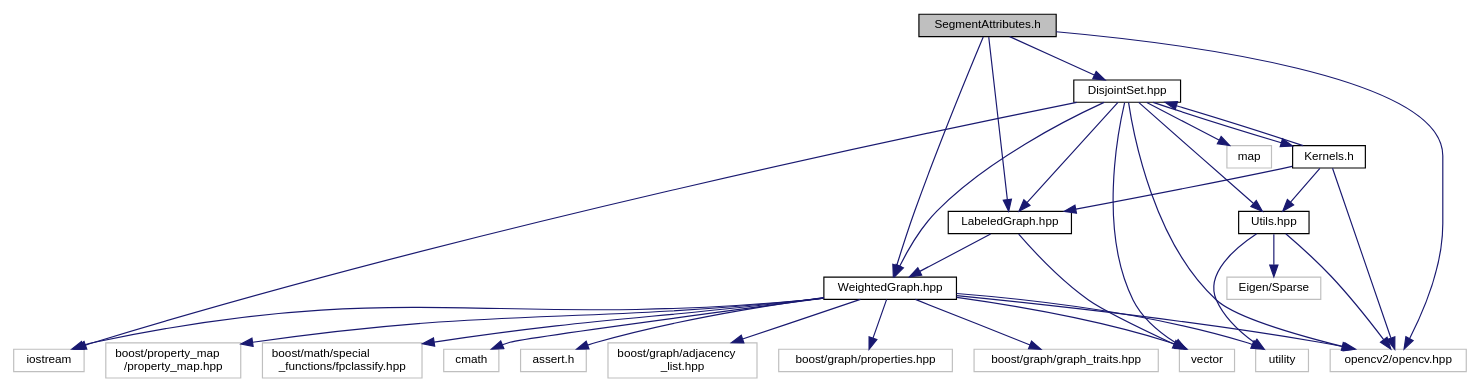
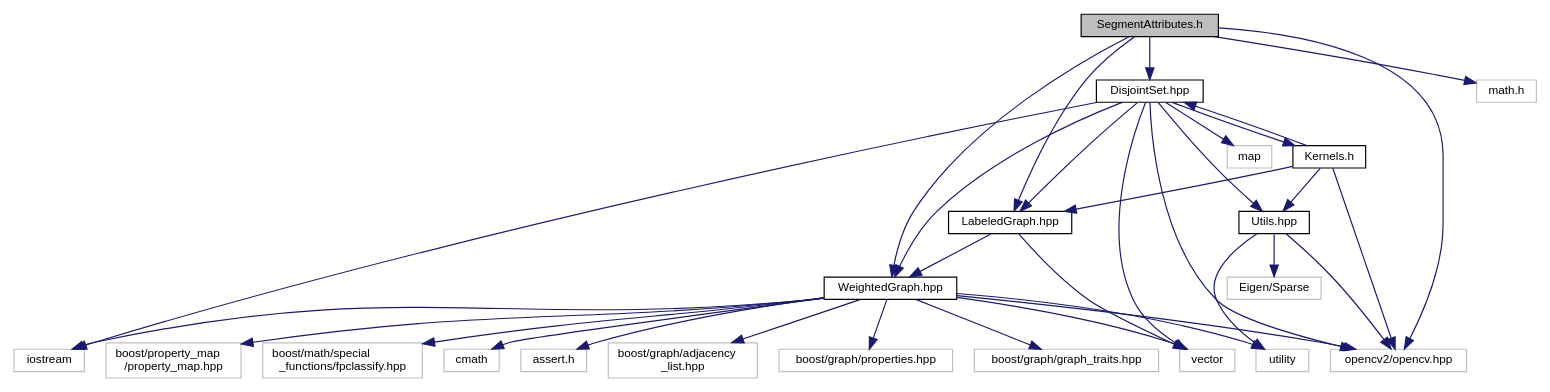
The diagram in _segment_attributes_8h__incl.dot (alexisVallet/animation-character-identification), drawn with Graphviz before and after one commit. The commit also changed 83 other files, not shown here.

```diff
--- a/_segment_attributes_8h__incl.dot
+++ b/_segment_attributes_8h__incl.dot
@@ -1,56 +1,58 @@
 digraph "SegmentAttributes.h"
 {
   edge [fontname="Helvetica",fontsize="10",labelfontname="Helvetica",labelfontsize="10"];
   node [fontname="Helvetica",fontsize="10",shape=record];
   Node1 [label="SegmentAttributes.h",height=0.2,width=0.4,color="black", fillcolor="grey75", style="filled" fontcolor="black"];
   Node1 -> Node2 [color="midnightblue",fontsize="10",style="solid",fontname="Helvetica"];
   Node2 [label="opencv2/opencv.hpp",height=0.2,width=0.4,color="grey75", fillcolor="white", style="filled"];
   Node1 -> Node3 [color="midnightblue",fontsize="10",style="solid",fontname="Helvetica"];
   Node3 [label="WeightedGraph.hpp",height=0.2,width=0.4,color="black", fillcolor="white", style="filled",URL="$_weighted_graph_8hpp.html"];
   Node3 -> Node4 [color="midnightblue",fontsize="10",style="solid",fontname="Helvetica"];
   Node4 [label="cmath",height=0.2,width=0.4,color="grey75", fillcolor="white", style="filled"];
   Node3 -> Node5 [color="midnightblue",fontsize="10",style="solid",fontname="Helvetica"];
   Node5 [label="assert.h",height=0.2,width=0.4,color="grey75", fillcolor="white", style="filled"];
   Node3 -> Node6 [color="midnightblue",fontsize="10",style="solid",fontname="Helvetica"];
   Node6 [label="iostream",height=0.2,width=0.4,color="grey75", fillcolor="white", style="filled"];
   Node3 -> Node7 [color="midnightblue",fontsize="10",style="solid",fontname="Helvetica"];
   Node7 [label="vector",height=0.2,width=0.4,color="grey75", fillcolor="white", style="filled"];
   Node3 -> Node8 [color="midnightblue",fontsize="10",style="solid",fontname="Helvetica"];
   Node8 [label="utility",height=0.2,width=0.4,color="grey75", fillcolor="white", style="filled"];
   Node3 -> Node2 [color="midnightblue",fontsize="10",style="solid",fontname="Helvetica"];
   Node3 -> Node9 [color="midnightblue",fontsize="10",style="solid",fontname="Helvetica"];
   Node9 [label="boost/graph/adjacency\l_list.hpp",height=0.2,width=0.4,color="grey75", fillcolor="white", style="filled"];
   Node3 -> Node10 [color="midnightblue",fontsize="10",style="solid",fontname="Helvetica"];
   Node10 [label="boost/graph/properties.hpp",height=0.2,width=0.4,color="grey75", fillcolor="white", style="filled"];
   Node3 -> Node11 [color="midnightblue",fontsize="10",style="solid",fontname="Helvetica"];
   Node11 [label="boost/graph/graph_traits.hpp",height=0.2,width=0.4,color="grey75", fillcolor="white", style="filled"];
   Node3 -> Node12 [color="midnightblue",fontsize="10",style="solid",fontname="Helvetica"];
   Node12 [label="boost/property_map\l/property_map.hpp",height=0.2,width=0.4,color="grey75", fillcolor="white", style="filled"];
   Node3 -> Node13 [color="midnightblue",fontsize="10",style="solid",fontname="Helvetica"];
   Node13 [label="boost/math/special\l_functions/fpclassify.hpp",height=0.2,width=0.4,color="grey75", fillcolor="white", style="filled"];
   Node1 -> Node14 [color="midnightblue",fontsize="10",style="solid",fontname="Helvetica"];
   Node14 [label="LabeledGraph.hpp",height=0.2,width=0.4,color="black", fillcolor="white", style="filled",URL="$_labeled_graph_8hpp.html"];
   Node14 -> Node7 [color="midnightblue",fontsize="10",style="solid",fontname="Helvetica"];
   Node14 -> Node3 [color="midnightblue",fontsize="10",style="solid",fontname="Helvetica"];
   Node1 -> Node15 [color="midnightblue",fontsize="10",style="solid",fontname="Helvetica"];
   Node15 [label="DisjointSet.hpp",height=0.2,width=0.4,color="black", fillcolor="white", style="filled",URL="$_disjoint_set_8hpp.html"];
   Node15 -> Node6 [color="midnightblue",fontsize="10",style="solid",fontname="Helvetica"];
   Node15 -> Node7 [color="midnightblue",fontsize="10",style="solid",fontname="Helvetica"];
   Node15 -> Node16 [color="midnightblue",fontsize="10",style="solid",fontname="Helvetica"];
   Node16 [label="map",height=0.2,width=0.4,color="grey75", fillcolor="white", style="filled"];
   Node15 -> Node2 [color="midnightblue",fontsize="10",style="solid",fontname="Helvetica"];
   Node15 -> Node3 [color="midnightblue",fontsize="10",style="solid",fontname="Helvetica"];
   Node15 -> Node14 [color="midnightblue",fontsize="10",style="solid",fontname="Helvetica"];
   Node15 -> Node17 [color="midnightblue",fontsize="10",style="solid",fontname="Helvetica"];
   Node17 [label="Kernels.h",height=0.2,width=0.4,color="black", fillcolor="white", style="filled",URL="$_kernels_8h.html"];
   Node17 -> Node2 [color="midnightblue",fontsize="10",style="solid",fontname="Helvetica"];
   Node17 -> Node14 [color="midnightblue",fontsize="10",style="solid",fontname="Helvetica"];
   Node17 -> Node15 [color="midnightblue",fontsize="10",style="solid",fontname="Helvetica"];
   Node17 -> Node18 [color="midnightblue",fontsize="10",style="solid",fontname="Helvetica"];
   Node18 [label="Utils.hpp",height=0.2,width=0.4,color="black", fillcolor="white", style="filled",URL="$_utils_8hpp.html"];
   Node18 -> Node8 [color="midnightblue",fontsize="10",style="solid",fontname="Helvetica"];
   Node18 -> Node2 [color="midnightblue",fontsize="10",style="solid",fontname="Helvetica"];
   Node18 -> Node19 [color="midnightblue",fontsize="10",style="solid",fontname="Helvetica"];
   Node19 [label="Eigen/Sparse",height=0.2,width=0.4,color="grey75", fillcolor="white", style="filled"];
   Node15 -> Node18 [color="midnightblue",fontsize="10",style="solid",fontname="Helvetica"];
+  Node1 -> Node20 [color="midnightblue",fontsize="10",style="solid",fontname="Helvetica"];
+  Node20 [label="math.h",height=0.2,width=0.4,color="grey75", fillcolor="white", style="filled"];
 }
```
